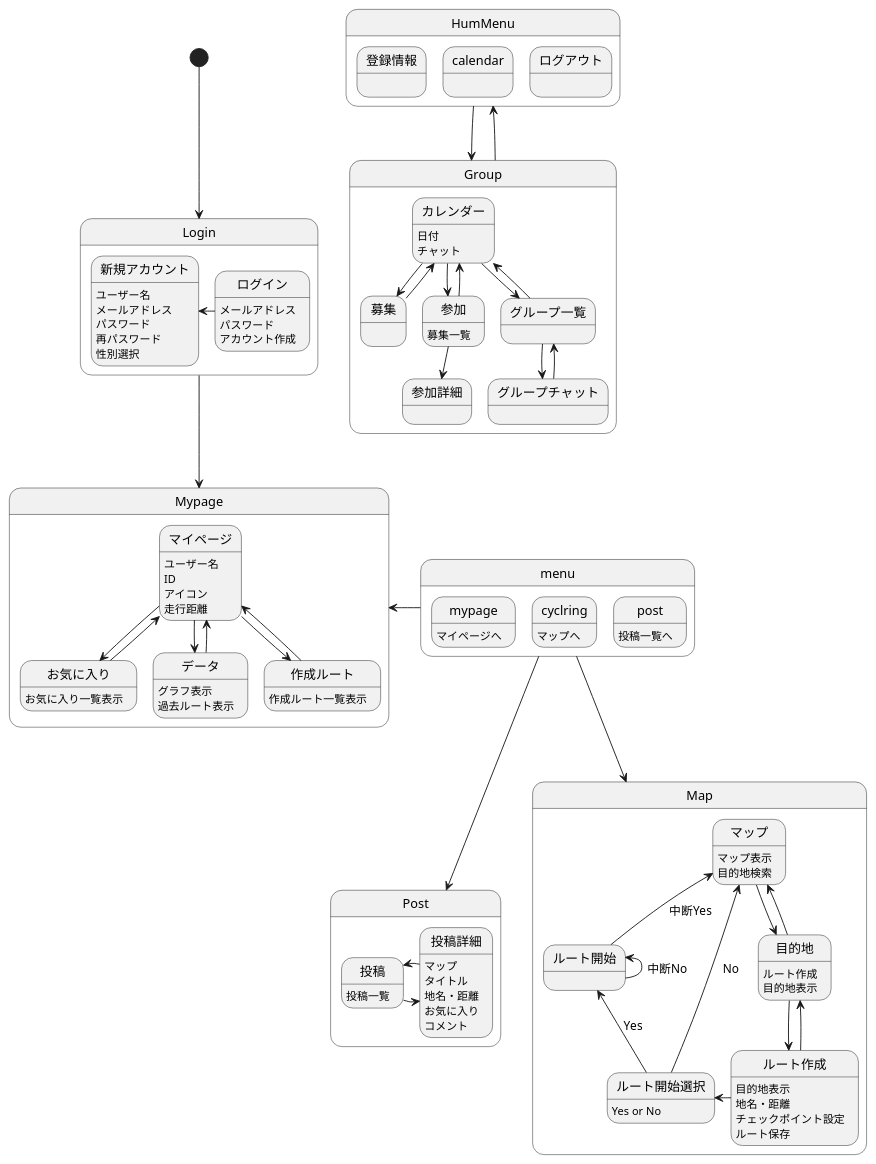
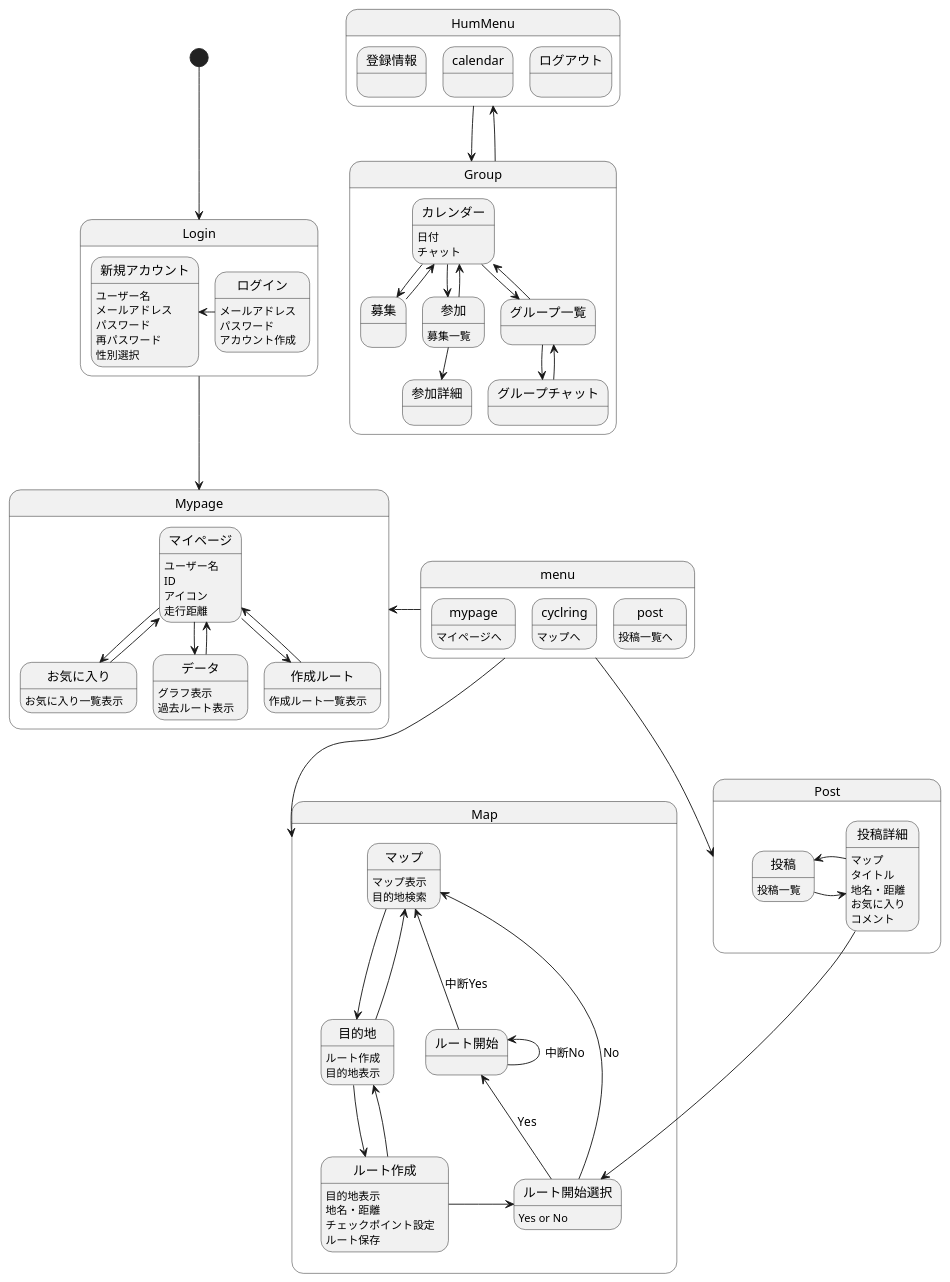
The diagram in 画面遷移図/gm.md (AsoSD3A3/CyclingSystem), drawn with PlantUML before and after one commit.

````diff
--- a/画面遷移図/gm.md
+++ b/画面遷移図/gm.md
@@ -105,5 +105,7 @@
 ルート開始-up->マップ :中断Yes
 }
 
+投稿詳細-right->ルート開始選択
+
 @enduml
 ```
````
